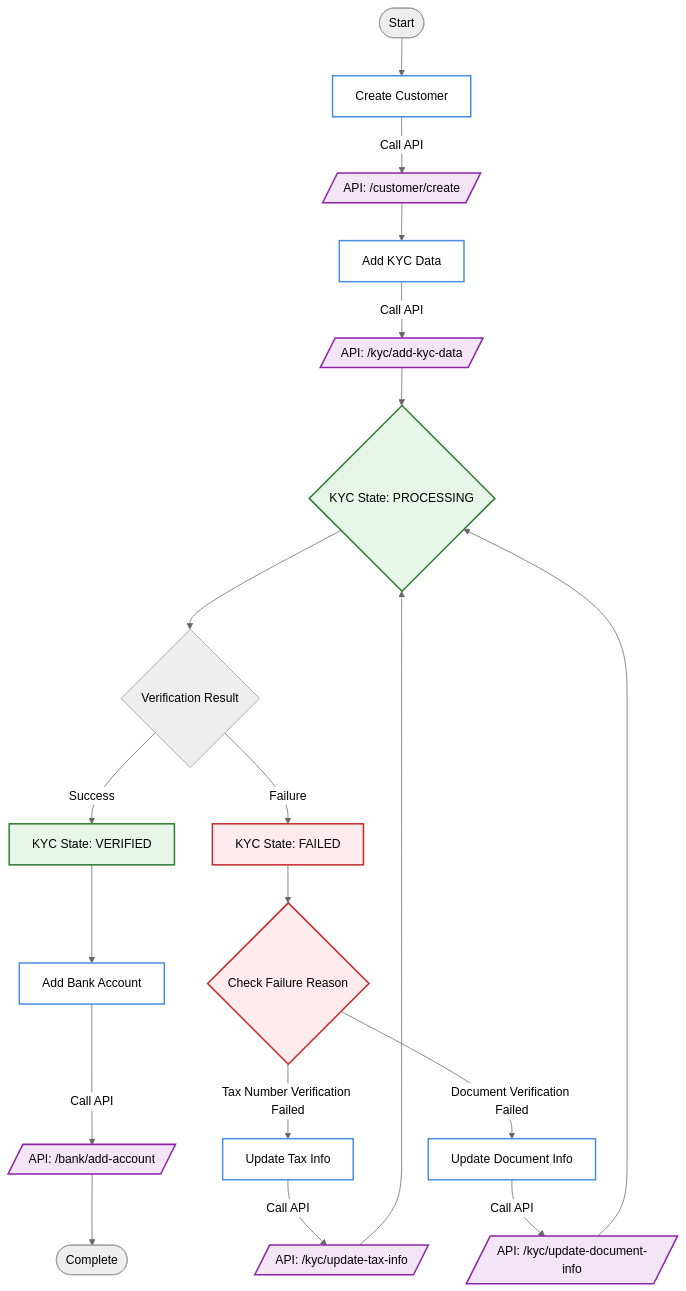
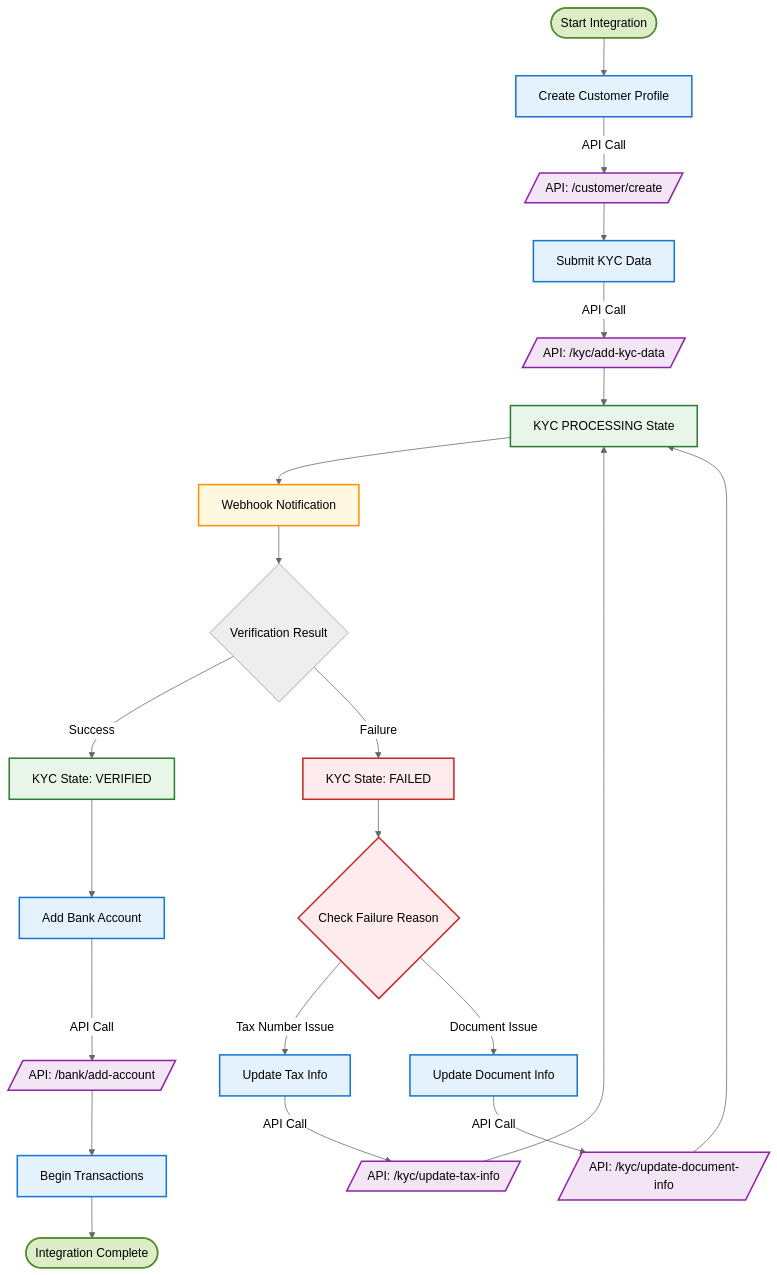
The first of 2 diagrams in guides/kyc.mdx (DollarPe-Infra/docs), drawn with Mermaid (neutral theme) before and after one commit. The commit also changed other lines of this file and 9 other files, not shown here.

````diff
--- a/guides/kyc.mdx
+++ b/guides/kyc.mdx
@@ -23,45 +36,44 @@
 ```mermaid
 flowchart TD
-    %% Main Flow
-    Start([Start]) --> CreateCustomer[Create Customer]
-    CreateCustomer -->|Call API| CustomerAPI[/API: /customer/create/]
+    Start([Start Integration]) --> CreateCustomer[Create Customer Profile]
+    CreateCustomer -->|API Call| CustomerAPI[/API: /customer/create/]
     
-    %% Add KYC Data
-    CustomerAPI --> AddKYC[Add KYC Data]
-    AddKYC -->|Call API| KycAPI[/API: /kyc/add-kyc-data/]
-    KycAPI --> Processing{KYC State: PROCESSING}
+    CustomerAPI --> AddKYC[Submit KYC Data]
+    AddKYC -->|API Call| KycAPI[/API: /kyc/add-kyc-data/]
+    KycAPI --> Processing[KYC PROCESSING State]
     
-    %% Verification Process
-    Processing --> Verification{Verification Result}
+    Processing --> WebhookNotification[Webhook Notification]
+    WebhookNotification --> Verification{Verification Result}
+    
     Verification -->|Success| Verified[KYC State: VERIFIED]
     Verification -->|Failure| Failed[KYC State: FAILED]
     
-    %% Failure Handling
     Failed --> CheckReason{Check Failure Reason}
     
-    %% Tax Number Verification Path
-    CheckReason -->|Tax Number Verification Failed| UpdateTax[Update Tax Info]
-    UpdateTax -->|Call API| TaxAPI[/API: /kyc/update-tax-info/]
+    CheckReason -->|Tax Number Issue| UpdateTax[Update Tax Info]
+    UpdateTax -->|API Call| TaxAPI[/API: /kyc/update-tax-info/]
     TaxAPI --> Processing
     
-    %% Document Verification Path
-    CheckReason -->|Document Verification Failed| UpdateDoc[Update Document Info]
-    UpdateDoc -->|Call API| DocAPI[/API: /kyc/update-document-info/]
+    CheckReason -->|Document Issue| UpdateDoc[Update Document Info]
+    UpdateDoc -->|API Call| DocAPI[/API: /kyc/update-document-info/]
     DocAPI --> Processing
     
-    %% Success Path
     Verified --> AddBank[Add Bank Account]
-    AddBank -->|Call API| BankAPI[/API: /bank/add-account/]
-    BankAPI --> Complete([Complete])
+    AddBank -->|API Call| BankAPI[/API: /bank/add-account/]
+    BankAPI --> Complete[Begin Transactions]
+    Complete --> TransactionReady([Integration Complete])
 
-    %% Styling
-    classDef mainNode fill:#ffffff,stroke:#4a90e2,stroke-width:2px,color:#000
+    classDef startEndNode fill:#dcedc8,stroke:#558b2f,stroke-width:2px,color:#000
+    classDef mainNode fill:#e3f2fd,stroke:#1976d2,stroke-width:2px,color:#000
     classDef apiNode fill:#f3e5f5,stroke:#8e24aa,stroke-width:2px,color:#000
     classDef stateNode fill:#e8f5e9,stroke:#2e7d32,stroke-width:2px,color:#000
     classDef failureNode fill:#ffebee,stroke:#c62828,stroke-width:2px,color:#000
+    classDef waitNode fill:#fff8e1,stroke:#ff8f00,stroke-width:2px,color:#000
 
-    class CreateCustomer,AddKYC,UpdateTax,UpdateDoc,AddBank mainNode
+    class Start,TransactionReady startEndNode
+    class CreateCustomer,AddKYC,UpdateTax,UpdateDoc,AddBank,Complete mainNode
     class CustomerAPI,KycAPI,TaxAPI,DocAPI,BankAPI apiNode
     class Processing,Verified stateNode
     class Failed,CheckReason failureNode
+    class WebhookNotification waitNode
 ```
````
